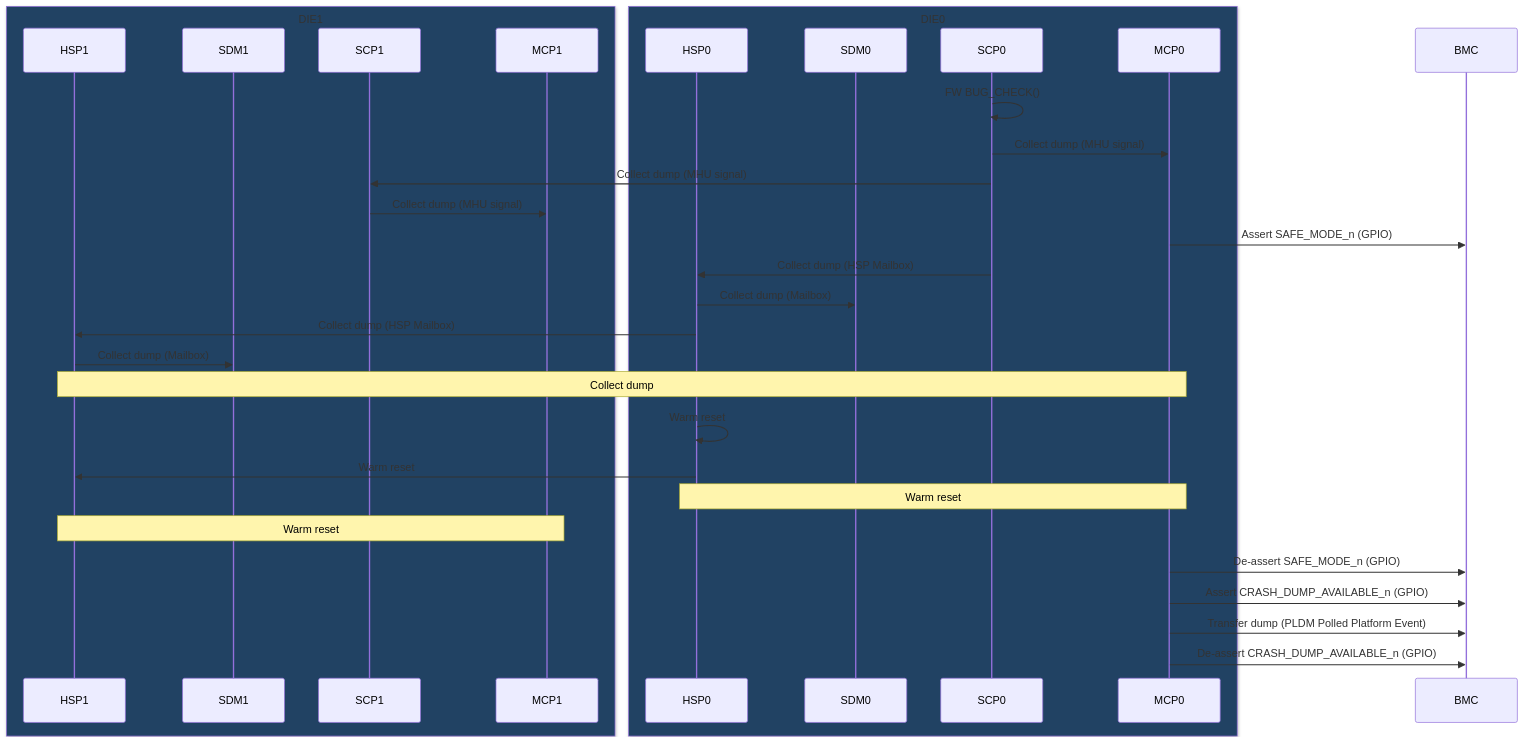
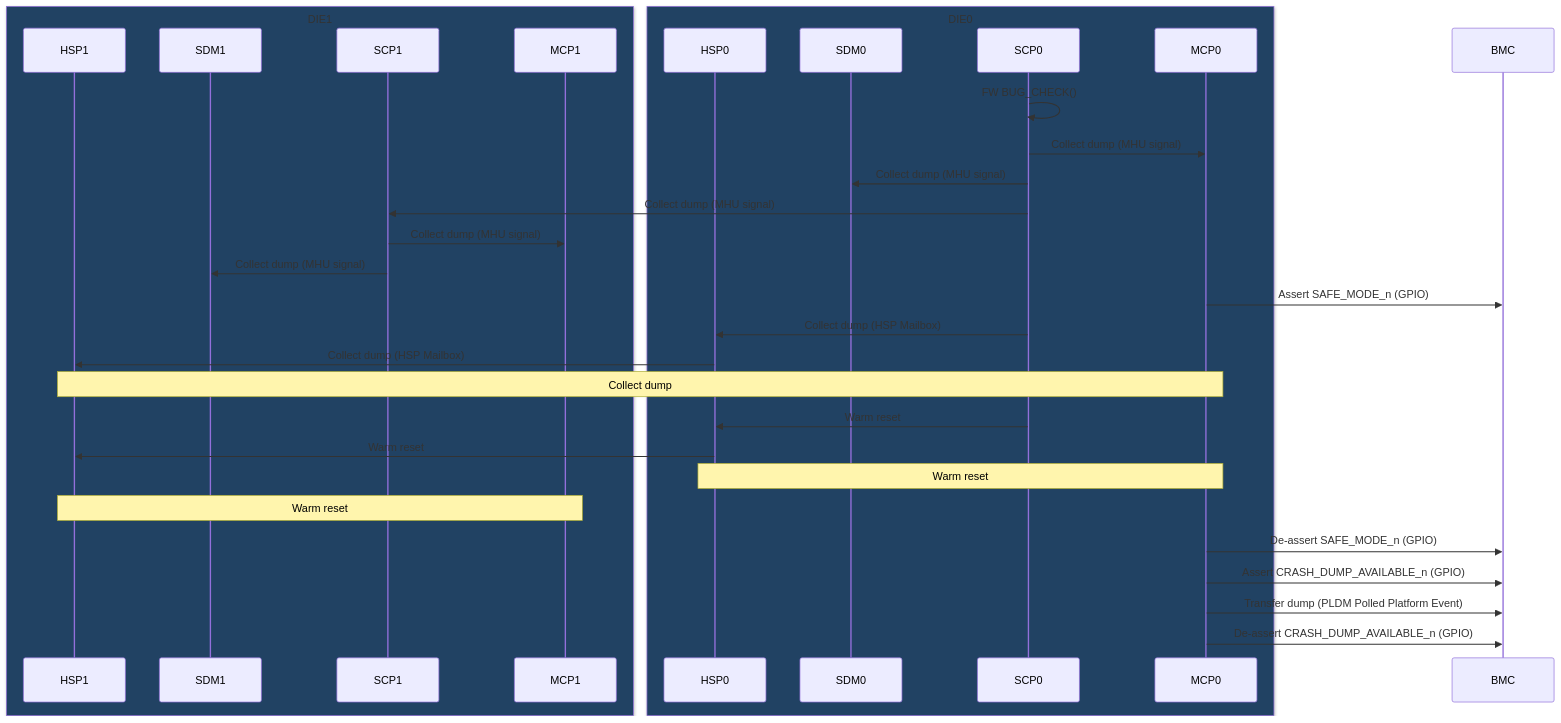
The first of 5 diagrams in docs/development/FirmwareDesign/CrashDump.md (jivahire-com/cpp-thread-safe-cache), drawn with Mermaid before and after one commit. The commit also changed other lines of this file and 5 other files, not shown here.

````diff
--- a/docs/development/FirmwareDesign/CrashDump.md
+++ b/docs/development/FirmwareDesign/CrashDump.md
@@ -389,37 +389,37 @@
 ```mermaid
 sequenceDiagram
 box rgb(33,66,99) DIE1
     participant HSP1
     participant SDM1
     participant SCP1
     participant MCP1
 end
 box rgb(33,66,99) DIE0
     participant HSP0
     participant SDM0
     participant SCP0
     participant MCP0
 end
     participant BMC
 
     SCP0->>SCP0: FW BUG_CHECK()
     SCP0->>MCP0: Collect dump (MHU signal)
+    SCP0->>SDM0: Collect dump (MHU signal)
     SCP0->>SCP1: Collect dump (MHU signal)
     SCP1->>MCP1: Collect dump (MHU signal)
+    SCP1->>SDM1: Collect dump (MHU signal)
     MCP0->>BMC: Assert SAFE_MODE_n (GPIO)
     SCP0->>HSP0: Collect dump (HSP Mailbox)
-    HSP0->>SDM0: Collect dump (Mailbox)
     HSP0->>HSP1: Collect dump (HSP Mailbox)
-    HSP1->>SDM1: Collect dump (Mailbox)
     Note over HSP1, MCP0: Collect dump
 
-    HSP0->>HSP0: Warm reset
+    SCP0->>HSP0: Warm reset
     HSP0->>HSP1: Warm reset
     Note over HSP0, MCP0: Warm reset
     Note over HSP1, MCP1: Warm reset
 
     MCP0->>BMC: De-assert SAFE_MODE_n (GPIO)
     MCP0->>BMC: Assert CRASH_DUMP_AVAILABLE_n (GPIO)
     MCP0->>BMC: Transfer dump (PLDM Polled Platform Event)
     MCP0->>BMC: De-assert CRASH_DUMP_AVAILABLE_n (GPIO)
 ```
````
